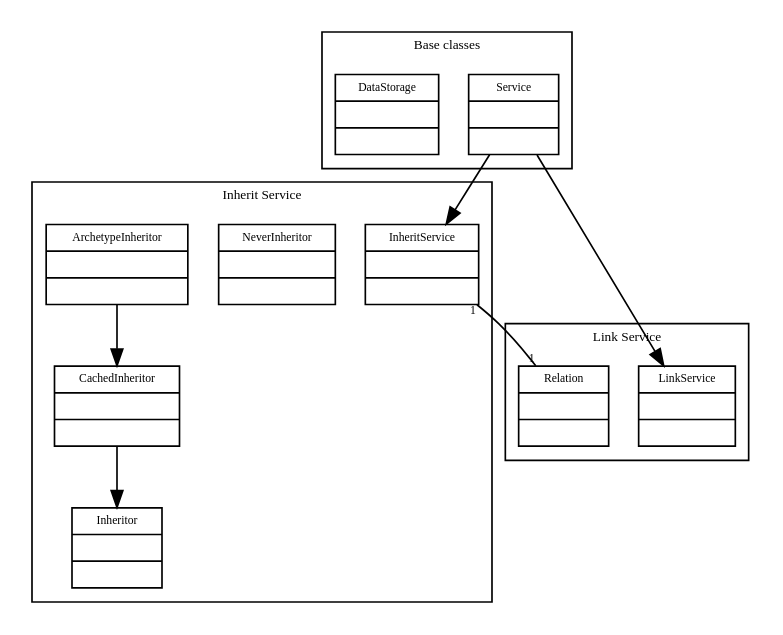
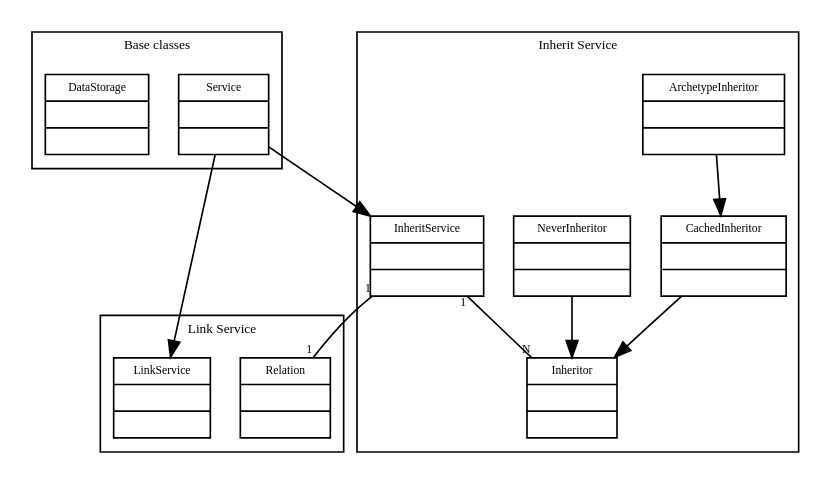
The diagram in doc/src/inheritsvc.dot (volca02/openDarkEngine), drawn with Graphviz before and after one commit. The commit also changed 3 other files, not shown here.

```diff
--- a/doc/src/inheritsvc.dot
+++ b/doc/src/inheritsvc.dot
@@ -1,80 +1,91 @@
 digraph G {
 	fontname = "Bitstream Vera Sans"
 	fontsize = 8
 	
 	node [
 		fontname = "Bitstream Vera Sans"
 		fontsize = 7
 		shape = "record"	
 	]
 	
 	edge [
 		fontname = "Bitstream Vera Sans"
 		fontsize = 7
 	]
 	
 	
 	subgraph clusterBase {
 		label = "Base classes"
 	
 		Service [
 			label = "{Service||}"
 		]
 	
 		DataStorage [
 			label = "{DataStorage||}"
 		]
 	}
 		
 	subgraph clusterLinkSvc {
 		label = "Link Service"
 		
 		LinkService [
 			label = "{LinkService||}"
 		]
 	
 		Relation [
 			label = "{Relation||}"
 		]
 	}	
 
 	subgraph clusterInhSvc {
 		label = "Inherit Service"
 		
 		InheritService [
 			label = "{InheritService||}"
 		]
 	
 		Inheritor [
 			label = "{Inheritor||}"
 		]
 		
 		NeverInheritor [
 			label = "{NeverInheritor||}"
 		]
 		
 	 	CachedInheritor [
 			label = "{CachedInheritor||}"
 		]
 		
 	 	ArchetypeInheritor [
 			label = "{ArchetypeInheritor||}"
 		]
 
 	}	
 
 	ArchetypeInheritor -> CachedInheritor
 	CachedInheritor -> Inheritor
+	NeverInheritor -> Inheritor
 	
 	Service -> InheritService
 	Service -> LinkService
 	
 	edge [
 		arrowhead = "none"
 
                 headlabel = "1"
                 taillabel = "1"
 	]
 	
 	InheritService -> Relation
+	
+	edge [
+		arrowhead = "none"
+
+                headlabel = "N"
+                taillabel = "1"
+	]
+	
+	InheritService -> Inheritor
+
 }
```
